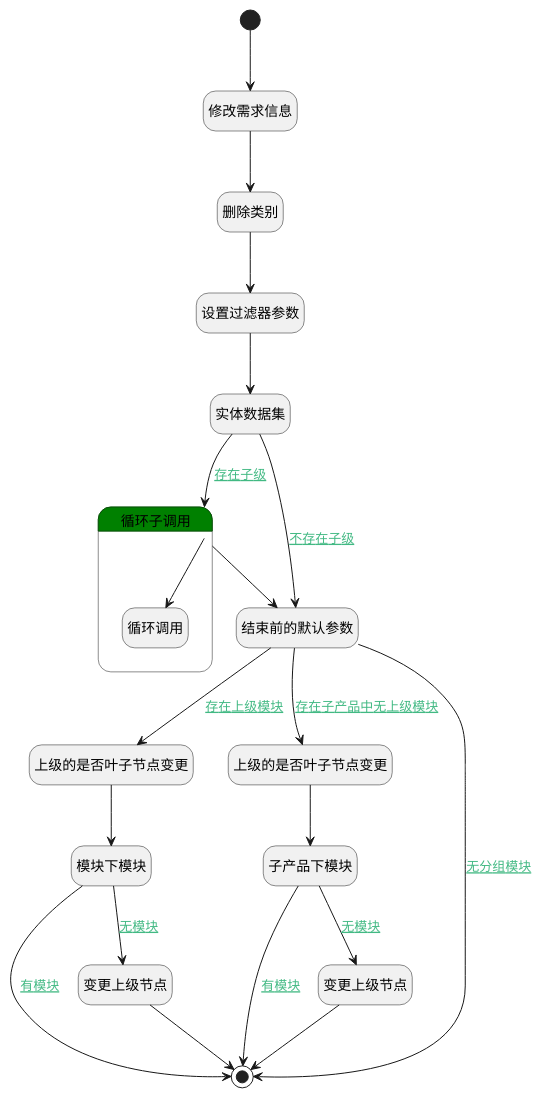
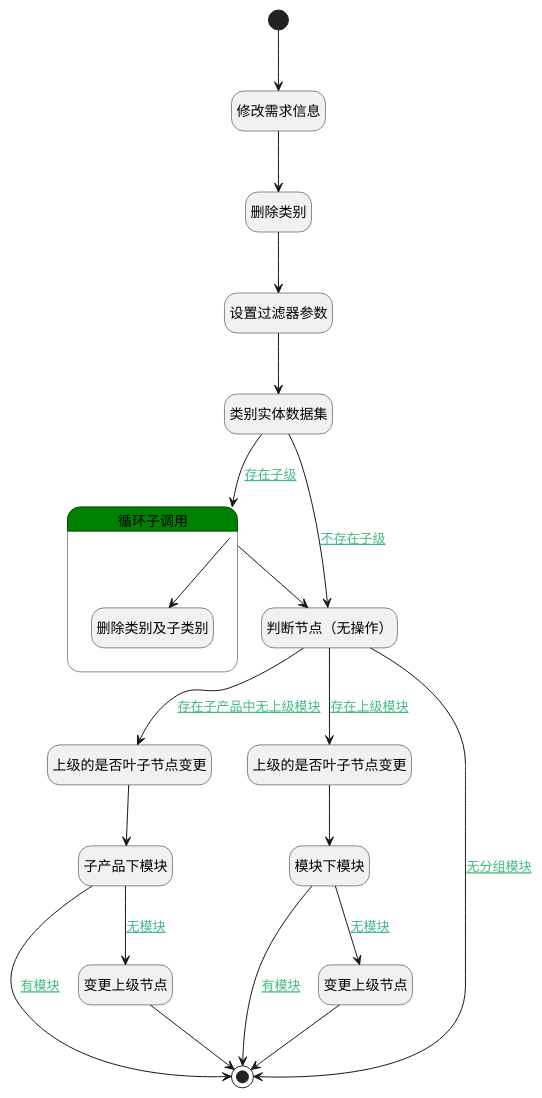
Before and after one commit to iBizLab/plm: the diagram in doc/docsify/module/Base/category/logic/delete_child_category.md, drawn with PlantUML. The commit also changed other lines of this file and 1068 other files, not shown here.

````diff
--- a/doc/docsify/module/Base/category/logic/delete_child_category.md
+++ b/doc/docsify/module/Base/category/logic/delete_child_category.md
@@ -7,51 +7,51 @@
 ```plantuml
 @startuml
 hide empty description
 <style>
 root {
   HyperlinkColor #42b983
 }
 </style>
 
 hide empty description
 state "开始" as Begin <<start>> [[$./delete_child_category#begin {"开始"}]]
 state "删除类别" as DEACTION2  [[$./delete_child_category#deaction2 {"删除类别"}]]
 state "设置过滤器参数" as PREPAREPARAM1  [[$./delete_child_category#prepareparam1 {"设置过滤器参数"}]]
-state "实体数据集" as DEDATASET1  [[$./delete_child_category#dedataset1 {"实体数据集"}]]
-state "结束前的默认参数" as DEBUGPARAM2  [[$./delete_child_category#debugparam2 {"结束前的默认参数"}]]
+state "类别实体数据集" as DEDATASET1  [[$./delete_child_category#dedataset1 {"类别实体数据集"}]]
+state "判断节点（无操作）" as PREPAREPARAM4  [[$./delete_child_category#prepareparam4 {"判断节点（无操作）"}]]
+state "上级的是否叶子节点变更" as PREPAREPARAM3  [[$./delete_child_category#prepareparam3 {"上级的是否叶子节点变更"}]]
 state "上级的是否叶子节点变更" as PREPAREPARAM2  [[$./delete_child_category#prepareparam2 {"上级的是否叶子节点变更"}]]
 state "模块下模块" as DEDATASET3  [[$./delete_child_category#dedataset3 {"模块下模块"}]]
 state "修改需求信息" as RAWSQLCALL1  [[$./delete_child_category#rawsqlcall1 {"修改需求信息"}]]
-state "上级的是否叶子节点变更" as PREPAREPARAM3  [[$./delete_child_category#prepareparam3 {"上级的是否叶子节点变更"}]]
 state "子产品下模块" as DEDATASET2  [[$./delete_child_category#dedataset2 {"子产品下模块"}]]
 state "结束" as END2 <<end>> [[$./delete_child_category#end2 {"结束"}]]
 state "变更上级节点" as DEACTION3  [[$./delete_child_category#deaction3 {"变更上级节点"}]]
 state "变更上级节点" as DEACTION4  [[$./delete_child_category#deaction4 {"变更上级节点"}]]
 state "循环子调用" as LOOPSUBCALL1  [[$./delete_child_category#loopsubcall1 {"循环子调用"}]] #green {
-state "循环调用" as DELOGIC1  [[$./delete_child_category#delogic1 {"循环调用"}]]
+state "删除类别及子类别" as DELOGIC1  [[$./delete_child_category#delogic1 {"删除类别及子类别"}]]
 }
 
 
 Begin --> RAWSQLCALL1
 RAWSQLCALL1 --> DEACTION2
 DEACTION2 --> PREPAREPARAM1
 PREPAREPARAM1 --> DEDATASET1
-DEDATASET1 --> DEBUGPARAM2 : [[$./delete_child_category#dedataset1-debugparam2{不存在子级} 不存在子级]]
-DEBUGPARAM2 --> PREPAREPARAM2 : [[$./delete_child_category#debugparam2-prepareparam2{存在上级模块} 存在上级模块]]
+DEDATASET1 --> PREPAREPARAM4 : [[$./delete_child_category#dedataset1-prepareparam4{不存在子级} 不存在子级]]
+PREPAREPARAM4 --> PREPAREPARAM2 : [[$./delete_child_category#prepareparam4-prepareparam2{存在上级模块} 存在上级模块]]
 PREPAREPARAM2 --> DEDATASET3
 DEDATASET3 --> DEACTION3 : [[$./delete_child_category#dedataset3-deaction3{无模块} 无模块]]
 DEACTION3 --> END2
 DEDATASET3 --> END2 : [[$./delete_child_category#dedataset3-end2{有模块} 有模块]]
-DEBUGPARAM2 --> PREPAREPARAM3 : [[$./delete_child_category#debugparam2-prepareparam3{存在子产品中无上级模块} 存在子产品中无上级模块]]
+PREPAREPARAM4 --> PREPAREPARAM3 : [[$./delete_child_category#prepareparam4-prepareparam3{存在子产品中无上级模块} 存在子产品中无上级模块]]
 PREPAREPARAM3 --> DEDATASET2
 DEDATASET2 --> END2 : [[$./delete_child_category#dedataset2-end2{有模块} 有模块]]
 DEDATASET2 --> DEACTION4 : [[$./delete_child_category#dedataset2-deaction4{无模块} 无模块]]
 DEACTION4 --> END2
-DEBUGPARAM2 --> END2 : [[$./delete_child_category#debugparam2-end2{无分组模块} 无分组模块]]
+PREPAREPARAM4 --> END2 : [[$./delete_child_category#prepareparam4-end2{无分组模块} 无分组模块]]
 DEDATASET1 --> LOOPSUBCALL1 : [[$./delete_child_category#dedataset1-loopsubcall1{存在子级} 存在子级]]
 LOOPSUBCALL1 --> DELOGIC1
-LOOPSUBCALL1 --> DEBUGPARAM2
+LOOPSUBCALL1 --> PREPAREPARAM4
 
 
 @enduml
 ```
````
